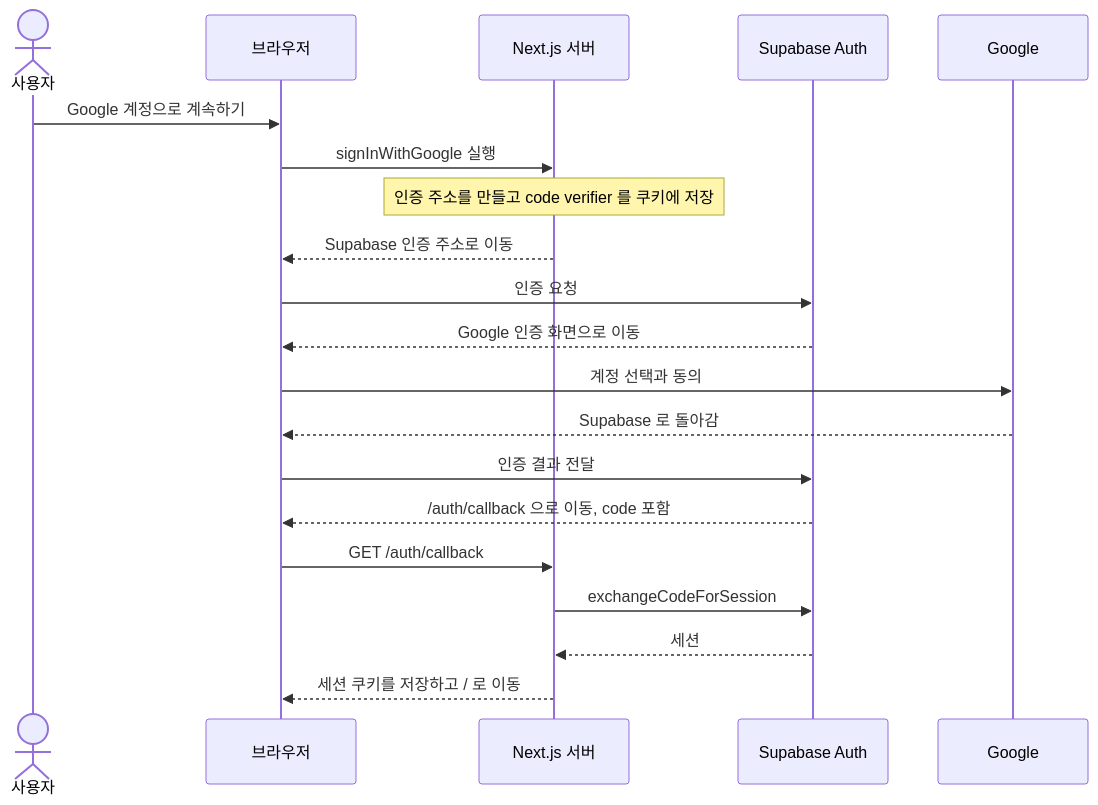
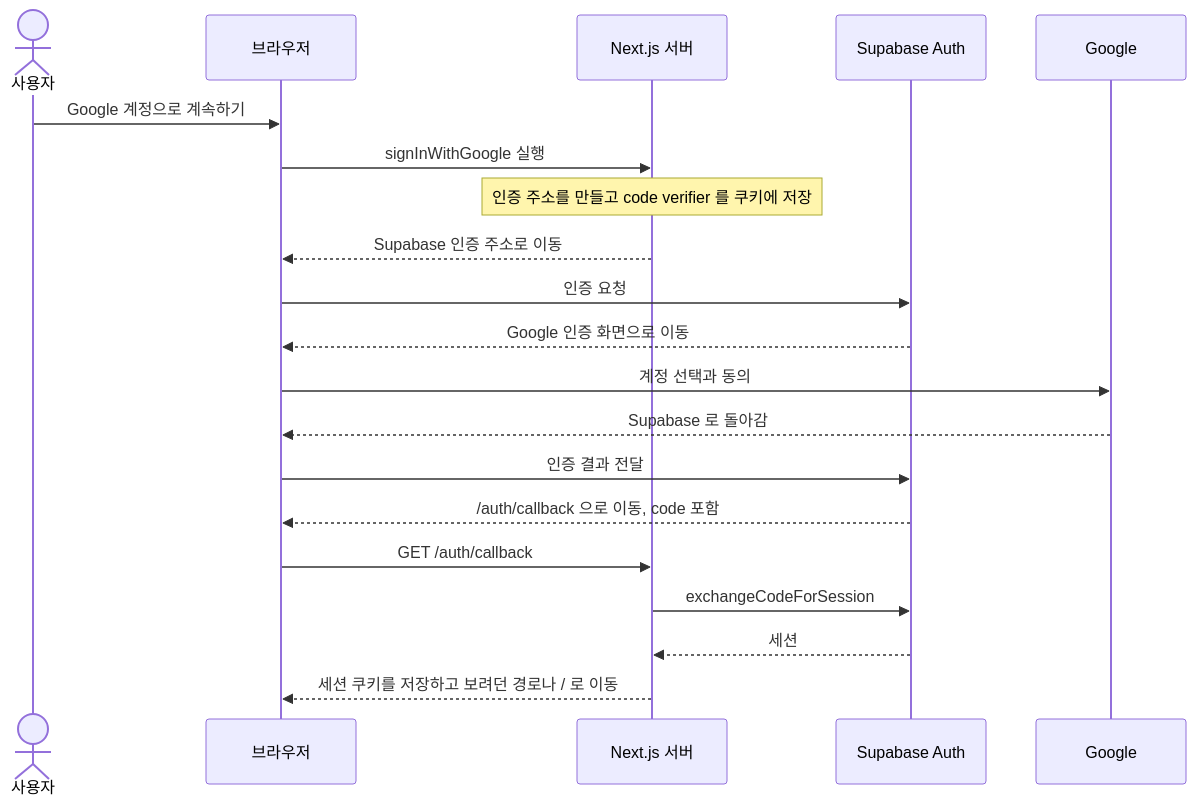
Before and after one commit to pkdee/ai-club-os: the fourth of 5 diagrams in ARCHITECTURE.md, drawn with Mermaid. The commit also changed other lines of this file and 7 other files, not shown here.

````diff
--- a/ARCHITECTURE.md
+++ b/ARCHITECTURE.md
@@ -111,23 +111,23 @@
 ```mermaid
 sequenceDiagram
   actor user as 사용자
   participant browser as 브라우저
   participant next as Next.js 서버
   participant supabase as Supabase Auth
   participant google as Google
 
   user->>browser: Google 계정으로 계속하기
   browser->>next: signInWithGoogle 실행
   Note over next: 인증 주소를 만들고 code verifier 를 쿠키에 저장
   next-->>browser: Supabase 인증 주소로 이동
   browser->>supabase: 인증 요청
   supabase-->>browser: Google 인증 화면으로 이동
   browser->>google: 계정 선택과 동의
   google-->>browser: Supabase 로 돌아감
   browser->>supabase: 인증 결과 전달
   supabase-->>browser: /auth/callback 으로 이동, code 포함
   browser->>next: GET /auth/callback
   next->>supabase: exchangeCodeForSession
   supabase-->>next: 세션
-  next-->>browser: 세션 쿠키를 저장하고 / 로 이동
+  next-->>browser: 세션 쿠키를 저장하고 보려던 경로나 / 로 이동
 ```
````
